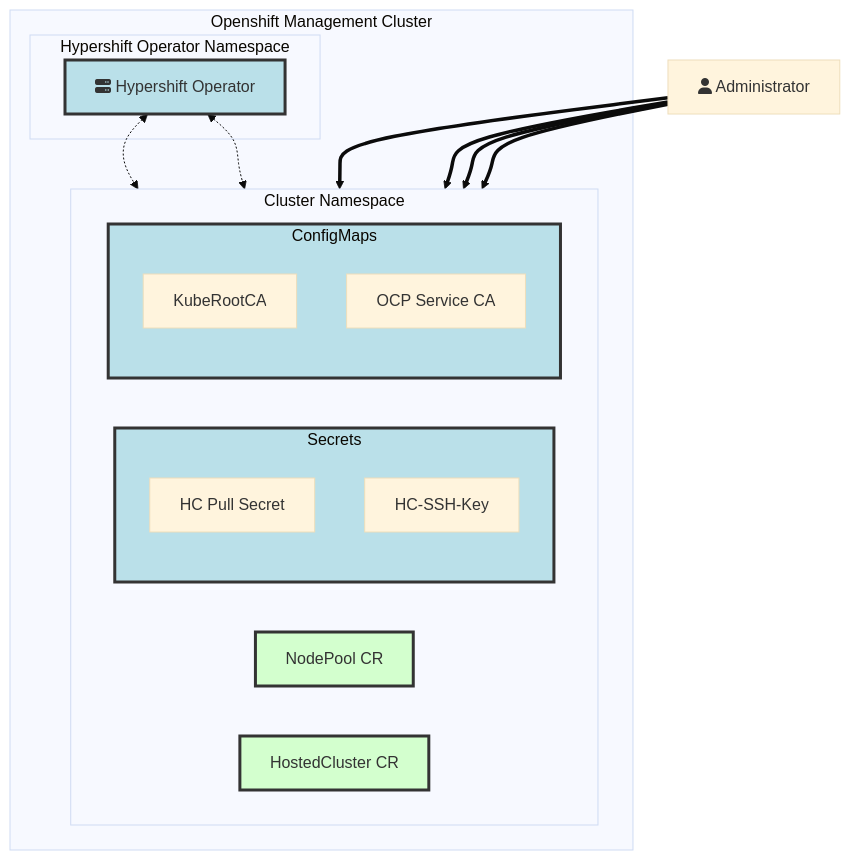
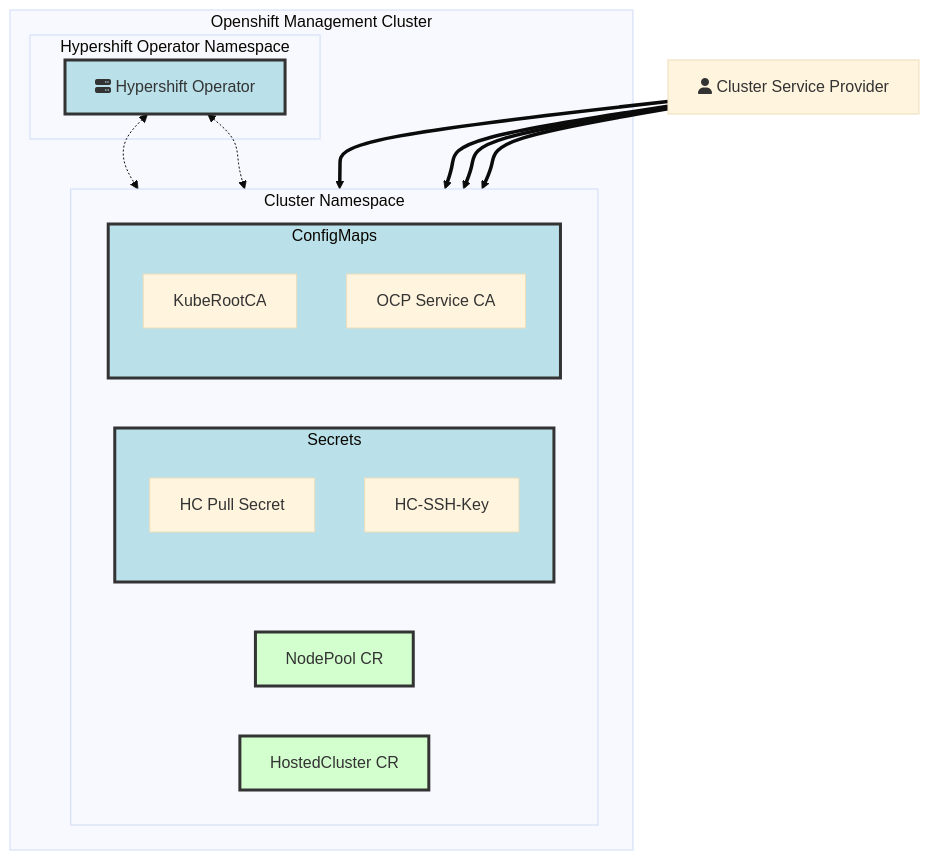
One commit to openshift/hypershift changed the second of 6 diagrams in docs/content/how-to/aws/index.md. Above: the diagram before and after it, drawn with Mermaid (base theme). The commit also changed other lines of this file, not shown here.

````diff
--- a/docs/content/how-to/aws/index.md
+++ b/docs/content/how-to/aws/index.md
@@ -178,38 +580,38 @@
 ```mermaid
 flowchart TB
     style HO fill:#BAE0E9,stroke:#333,stroke-width:3px
     style SC2 fill:#BAE0E9,stroke:#333,stroke-width:3px
     style CMC2 fill:#BAE0E9,stroke:#333,stroke-width:3px
     style NPO fill:#D3FFCE,stroke:#333,stroke-width:3px
     style HCO fill:#D3FFCE,stroke:#333,stroke-width:3px
 
-    AD[fa:fa-user Administrator]
-    AD ==> HCO
-    AD ==> NPO
-    AD ==> SC2
-    AD ==> CMC2
+    CSP[fa:fa-user Cluster Service Provider]
+    CSP ==> HCO
+    CSP ==> NPO
+    CSP ==> SC2
+    CSP ==> CMC2
     HO <-.-> NPO
     HO <-.-> HCO
 
     subgraph OMC[Openshift Management Cluster]
         subgraph HONS[Hypershift Operator Namespace]
             HO[fa:fa-server Hypershift Operator]
 
         end
         subgraph CANS[Cluster Namespace]
         direction LR
             HCO[HostedCluster CR]
             NPO[NodePool CR]
             SC2[Secrets]
             subgraph SC2[Secrets]
                 SPS[HC Pull Secret]
                 HC-SSH-Key
             end
             CMC2[ConfigMaps]
             subgraph CMC2[ConfigMaps]
                 KRCA[KubeRootCA]
                 OCSA[OCP Service CA]
             end
         end
     end
 ```
````
